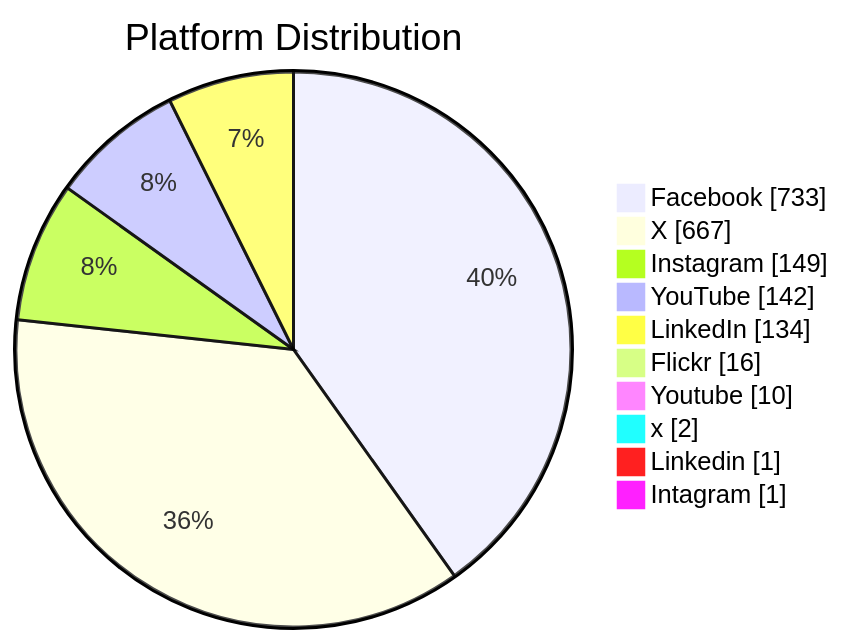
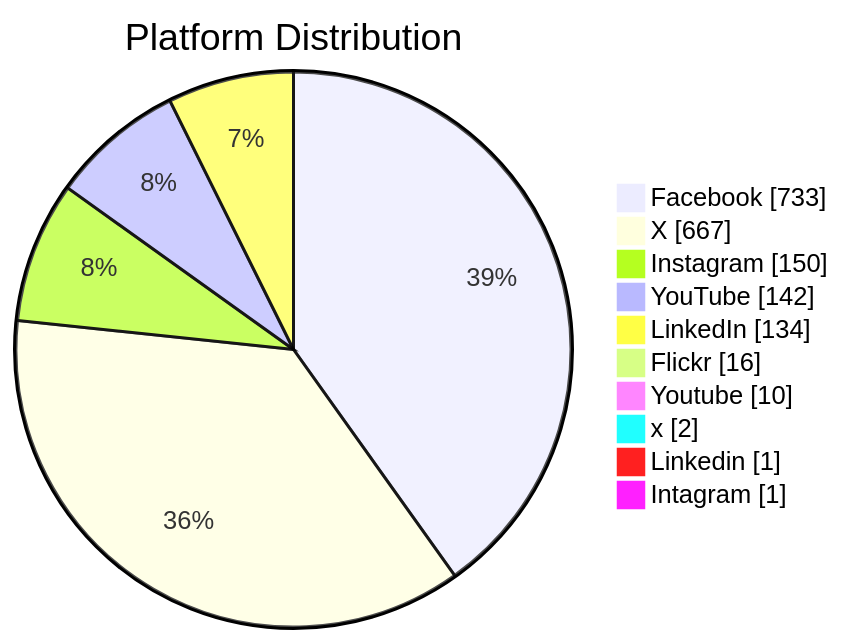
The second of 6 diagrams in README.md (PatLittle/GC-Socials), drawn with Mermaid before and after one commit. The commit also changed other lines of this file, not shown here.

Commit message:
Update README with Platform Distribution pie chart

````diff
--- a/README.md
+++ b/README.md
@@ -65,13 +67,13 @@
 ```mermaid
 pie showData title Platform Distribution
     "Facebook": 733
     "X": 667
-    "Instagram": 149
+    "Instagram": 150
     "YouTube": 142
     "LinkedIn": 134
     "Flickr": 16
     "Youtube": 10
     "x": 2
     "Linkedin": 1
     "Intagram": 1
 ```
````
